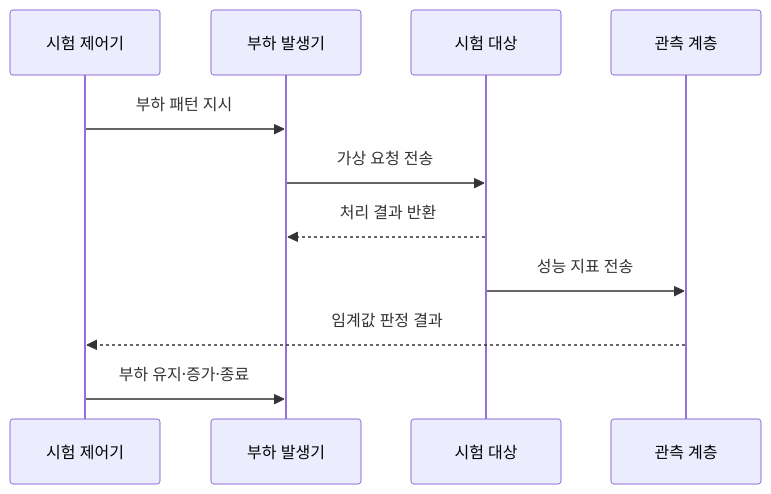
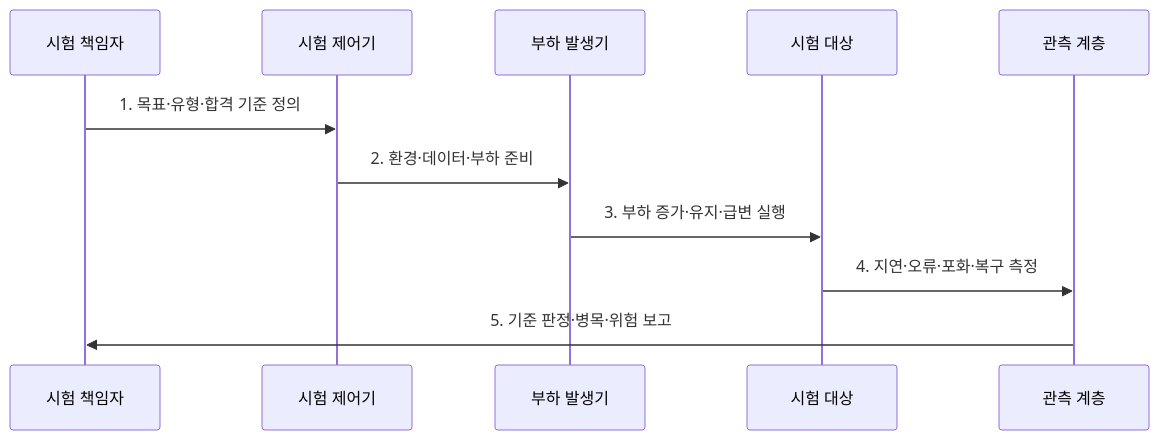
The second of 2 diagrams in src/content/docs/notes/06-evaluation/006_performance_testing_types.md (agnusdei1207/knowledge-base), drawn with Mermaid before and after one commit. The commit also changed other lines of this file and 6 other files, not shown here.

````diff
--- a/src/content/docs/notes/06-evaluation/006_performance_testing_types.md
+++ b/src/content/docs/notes/06-evaluation/006_performance_testing_types.md
@@ -79,13 +79,13 @@
 ```mermaid
 sequenceDiagram
-    participant C as 시험 제어기
-    participant L as 부하 발생기
-    participant D as 시험 대상
-    participant O as 관측 계층
-    C->>L: 부하 패턴 지시
-    L->>D: 가상 요청 전송
-    D-->>L: 처리 결과 반환
-    D->>O: 성능 지표 전송
-    O-->>C: 임계값 판정 결과
-    C->>L: 부하 유지·증가·종료
+  participant O as 시험 책임자
+  participant C as 시험 제어기
+  participant L as 부하 발생기
+  participant D as 시험 대상
+  participant M as 관측 계층
+  O->>C: 1. 목표·유형·합격 기준 정의
+  C->>L: 2. 환경·데이터·부하 준비
+  L->>D: 3. 부하 증가·유지·급변 실행
+  D->>M: 4. 지연·오류·포화·복구 측정
+  M->>O: 5. 기준 판정·병목·위험 보고
 ```
````
